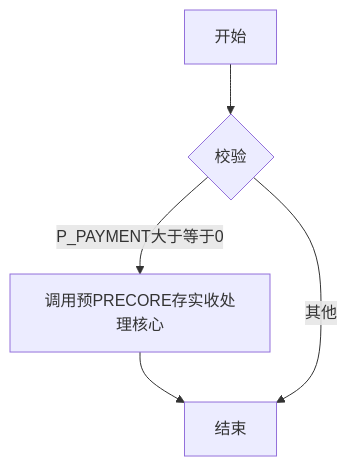
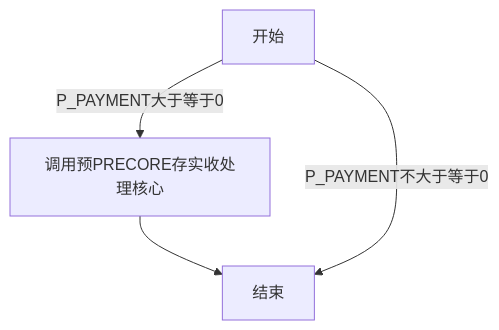
One commit to liuwentao001/20201001HRBZLS changed diagram 39 of 51 in 02.业务梳理流程图简化版_v2020.11.md. Above: the diagram before and after it, drawn with Mermaid. The commit also changed other lines of this file and 8 other files, not shown here.

````diff
--- a/02.业务梳理流程图简化版_v2020.11.md
+++ b/02.业务梳理流程图简化版_v2020.11.md
@@ -693,5 +1252,5 @@
 ```mermaid
 graph TD
-开始-->A1{校验}--P_PAYMENT大于等于0-->调用预PRECORE存实收处理核心-->结束
-A1--其他-->结束
+开始--P_PAYMENT大于等于0-->调用预PRECORE存实收处理核心-->结束
+开始--P_PAYMENT不大于等于0-->结束
 ```
````
